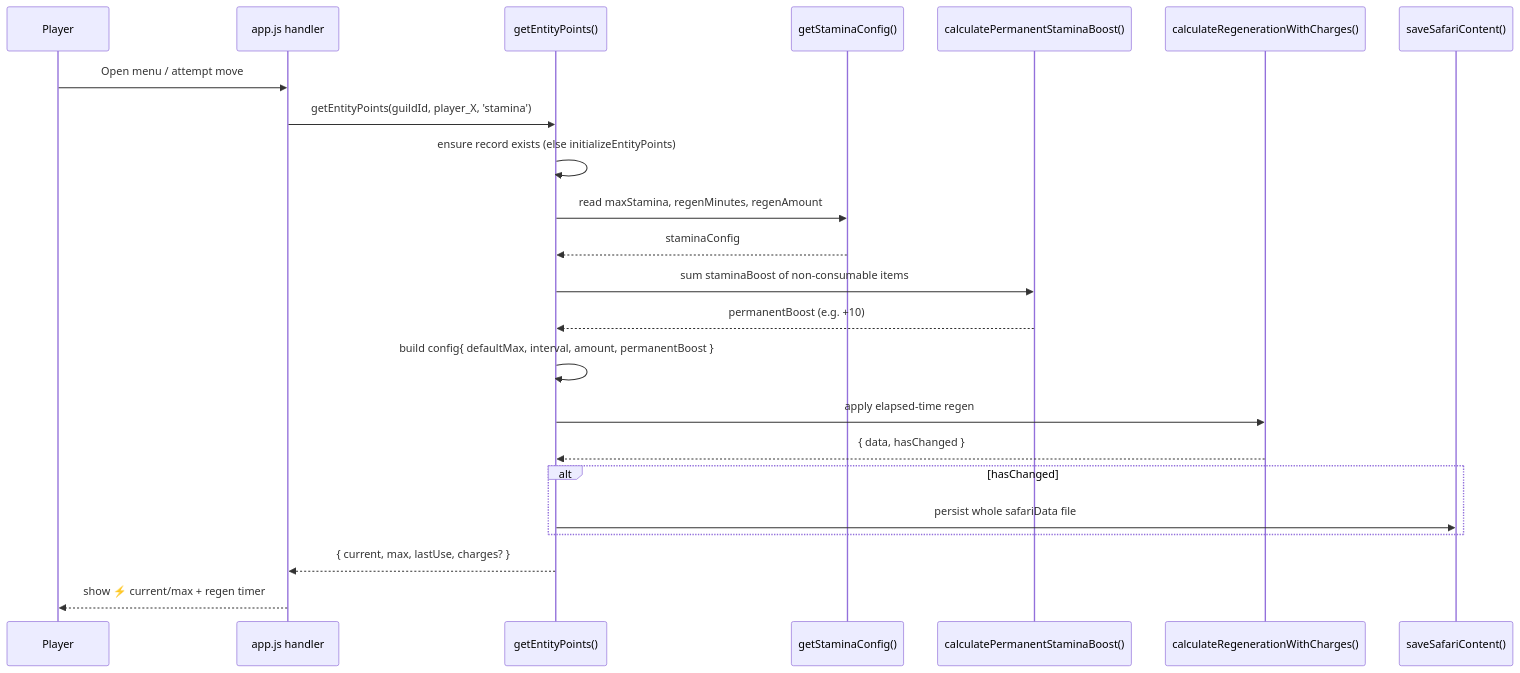
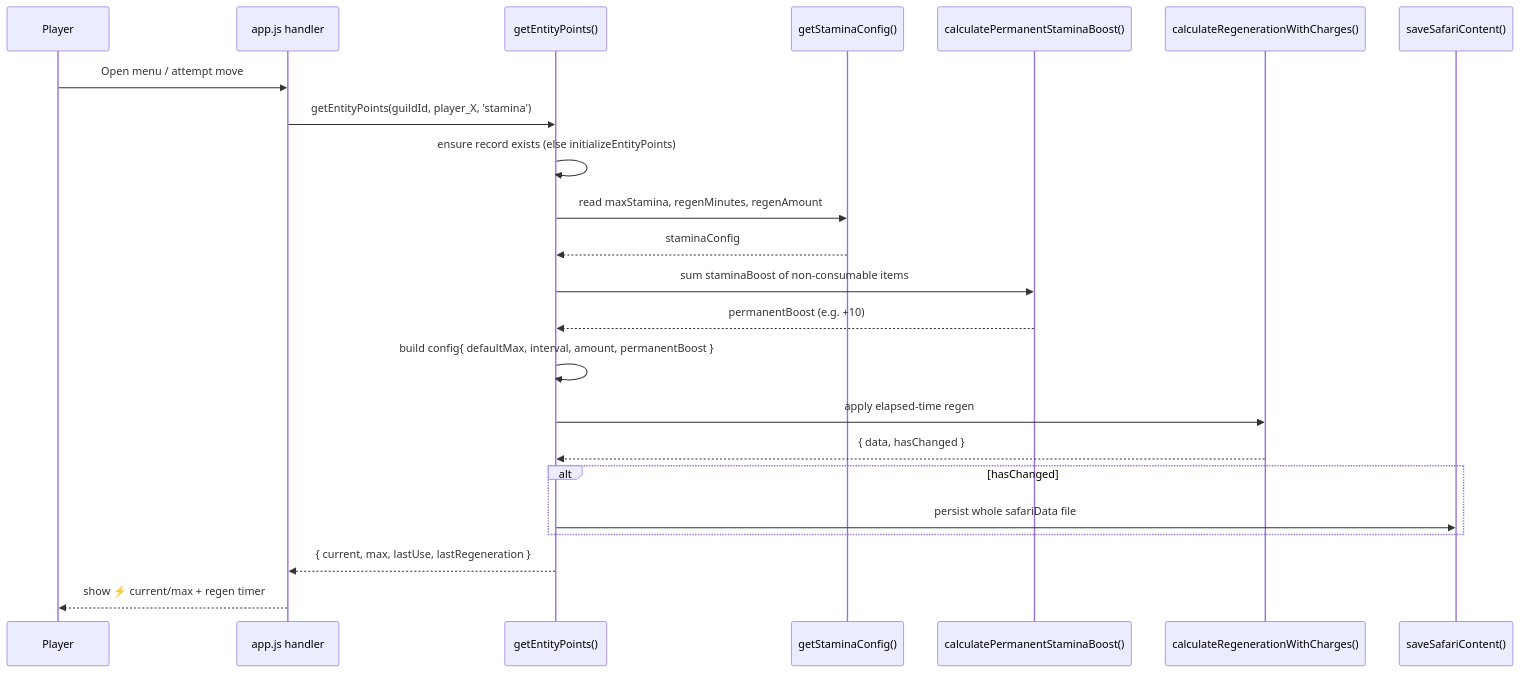
One commit to extremedonkey/castbot changed the fourth of 11 diagrams in docs/03-features/StaminaArchitecture.md. Above: the diagram before and after it, drawn with Mermaid. The commit also changed other lines of this file and 8 other files, not shown here.

````diff
--- a/docs/03-features/StaminaArchitecture.md
+++ b/docs/03-features/StaminaArchitecture.md
@@ -219,26 +217,26 @@
 ```mermaid
 sequenceDiagram
     participant Player
     participant App as app.js handler
     participant GEP as getEntityPoints()
     participant CFG as getStaminaConfig()
     participant BOOST as calculatePermanentStaminaBoost()
     participant REGEN as calculateRegenerationWithCharges()
     participant Store as saveSafariContent()
 
     Player->>App: Open menu / attempt move
     App->>GEP: getEntityPoints(guildId, player_X, 'stamina')
     GEP->>GEP: ensure record exists (else initializeEntityPoints)
     GEP->>CFG: read maxStamina, regenMinutes, regenAmount
     CFG-->>GEP: staminaConfig
     GEP->>BOOST: sum staminaBoost of non-consumable items
     BOOST-->>GEP: permanentBoost (e.g. +10)
     GEP->>GEP: build config{ defaultMax, interval, amount, permanentBoost }
     GEP->>REGEN: apply elapsed-time regen
     REGEN-->>GEP: { data, hasChanged }
     alt hasChanged
         GEP->>Store: persist whole safariData file
     end
-    GEP-->>App: { current, max, lastUse, charges? }
+    GEP-->>App: { current, max, lastUse, lastRegeneration }
     App-->>Player: show ⚡ current/max + regen timer
 ```
````
